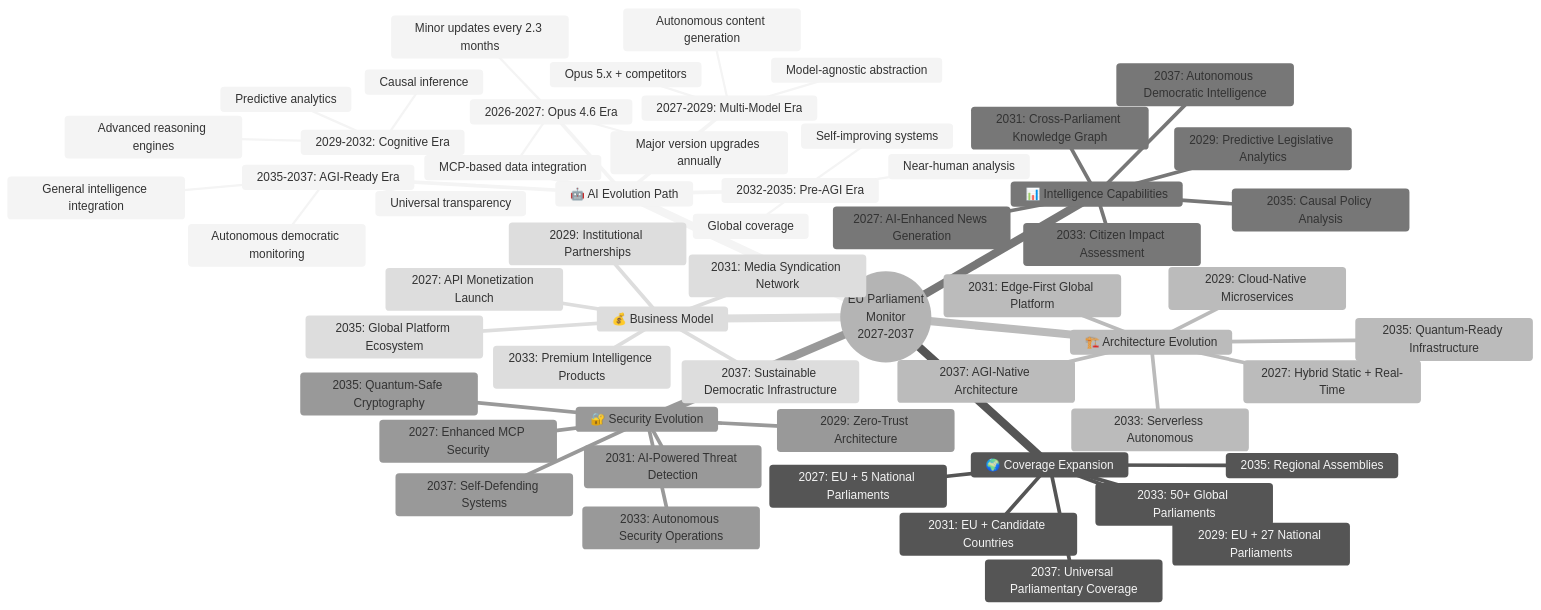
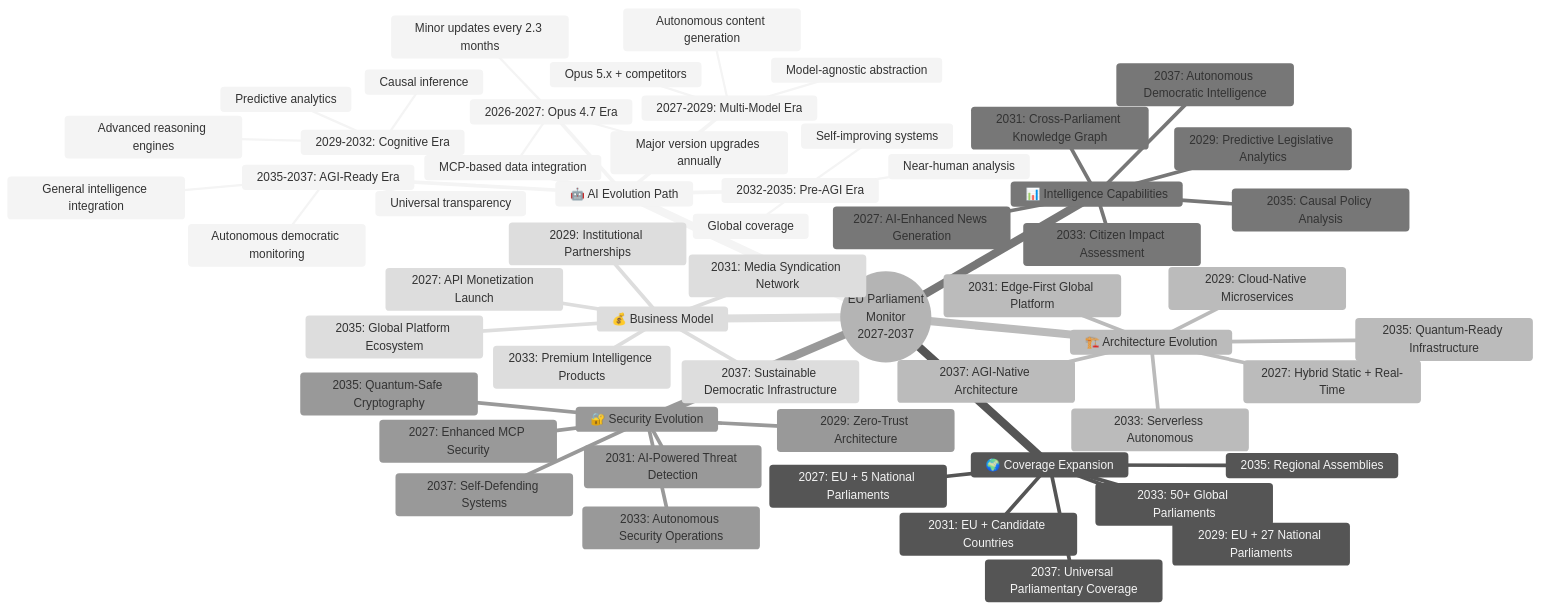
Before and after one commit to Hack23/euparliamentmonitor: diagram 13 of 14 in FUTURE_MINDMAP.md, drawn with Mermaid (neutral theme). The commit also changed 50 other files, not shown here.

````diff
--- a/FUTURE_MINDMAP.md
+++ b/FUTURE_MINDMAP.md
@@ -810,60 +810,60 @@
 ```mermaid
 mindmap
   root((EU Parliament<br/>Monitor<br/>2027-2037))
     🤖 AI Evolution Path
-      2026-2027: Opus 4.6 Era
+      2026-2027: Opus 4.7 Era
         Minor updates every 2.3 months
         Major version upgrades annually
         MCP-based data integration
       2027-2029: Multi-Model Era
         Opus 5.x + competitors
         Model-agnostic abstraction
         Autonomous content generation
       2029-2032: Cognitive Era
         Advanced reasoning engines
         Predictive analytics
         Causal inference
       2032-2035: Pre-AGI Era
         Near-human analysis
         Self-improving systems
         Global coverage
       2035-2037: AGI-Ready Era
         General intelligence integration
         Autonomous democratic monitoring
         Universal transparency
     🌍 Coverage Expansion
       2027: EU + 5 National Parliaments
       2029: EU + 27 National Parliaments
       2031: EU + Candidate Countries
       2033: 50+ Global Parliaments
       2035: Regional Assemblies
       2037: Universal Parliamentary Coverage
     🏗️ Architecture Evolution
       2027: Hybrid Static + Real-Time
       2029: Cloud-Native Microservices
       2031: Edge-First Global Platform
       2033: Serverless Autonomous
       2035: Quantum-Ready Infrastructure
       2037: AGI-Native Architecture
     📊 Intelligence Capabilities
       2027: AI-Enhanced News Generation
       2029: Predictive Legislative Analytics
       2031: Cross-Parliament Knowledge Graph
       2033: Citizen Impact Assessment
       2035: Causal Policy Analysis
       2037: Autonomous Democratic Intelligence
     🔐 Security Evolution
       2027: Enhanced MCP Security
       2029: Zero-Trust Architecture
       2031: AI-Powered Threat Detection
       2033: Autonomous Security Operations
       2035: Quantum-Safe Cryptography
       2037: Self-Defending Systems
     💰 Business Model
       2027: API Monetization Launch
       2029: Institutional Partnerships
       2031: Media Syndication Network
       2033: Premium Intelligence Products
       2035: Global Platform Ecosystem
       2037: Sustainable Democratic Infrastructure
 ```
````
